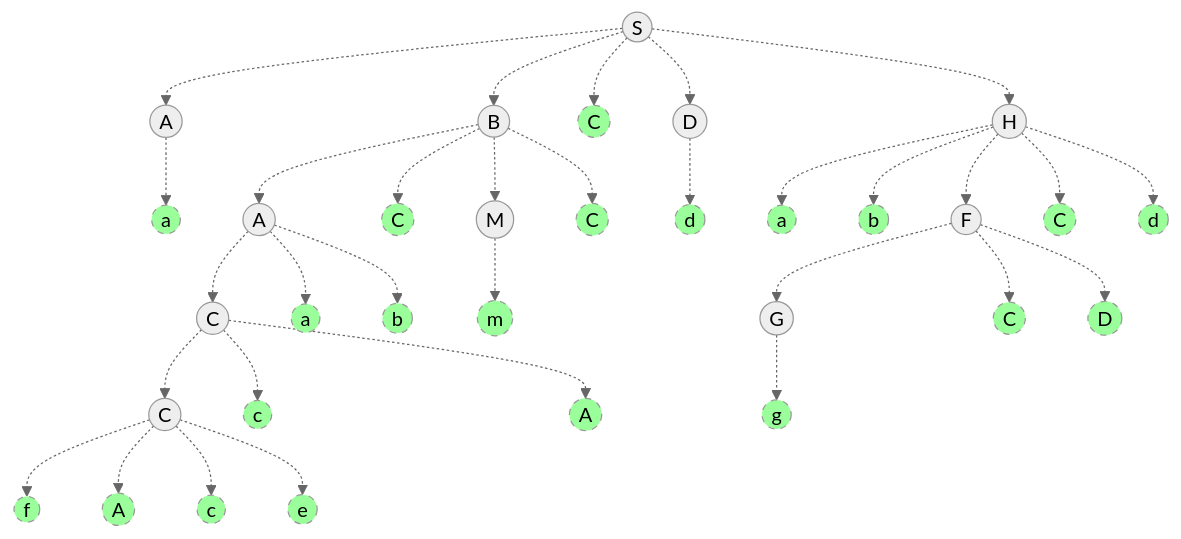
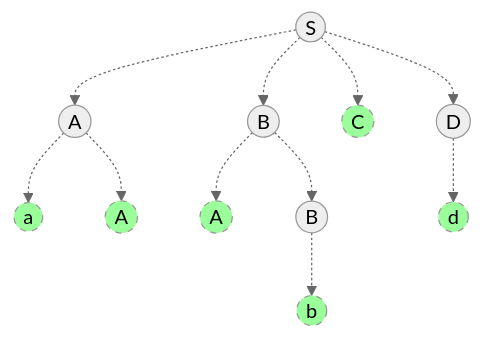
Before and after one commit to huangwei-git/Compilation-principle: the diagram in LL1/resources/grammarTree.md, drawn with Mermaid (neutral theme). The commit also changed 8 other files, not shown here.

````diff
--- a/LL1/resources/grammarTree.md
+++ b/LL1/resources/grammarTree.md
@@ -1,55 +1,19 @@
 ```mermaid
 graph TB
 S0((S))-.->A0((A))
 A0((A))-.->a0((a))
 style a0 fill:#9AFF9A,stroke-dasharray: 5 5
+A0((A))-.->A1((A))
+style A1 fill:#9AFF9A,stroke-dasharray: 5 5
 S0((S))-.->B0((B))
-B0((B))-.->A1((A))
-A1((A))-.->C0((C))
-C0((C))-.->C1((C))
-C1((C))-.->f0((f))
-style f0 fill:#9AFF9A,stroke-dasharray: 5 5
-C1((C))-.->A2((A))
+B0((B))-.->A2((A))
 style A2 fill:#9AFF9A,stroke-dasharray: 5 5
-C1((C))-.->c0((c))
-style c0 fill:#9AFF9A,stroke-dasharray: 5 5
-C1((C))-.->e0((e))
-style e0 fill:#9AFF9A,stroke-dasharray: 5 5
-C0((C))-.->c1((c))
-style c1 fill:#9AFF9A,stroke-dasharray: 5 5
-C0((C))-.->A3((A))
-style A3 fill:#9AFF9A,stroke-dasharray: 5 5
-A1((A))-.->a1((a))
-style a1 fill:#9AFF9A,stroke-dasharray: 5 5
-A1((A))-.->b0((b))
+B0((B))-.->B1((B))
+B1((B))-.->b0((b))
 style b0 fill:#9AFF9A,stroke-dasharray: 5 5
-B0((B))-.->C2((C))
-style C2 fill:#9AFF9A,stroke-dasharray: 5 5
-B0((B))-.->M0((M))
-M0((M))-.->m0((m))
-style m0 fill:#9AFF9A,stroke-dasharray: 5 5
-B0((B))-.->C3((C))
-style C3 fill:#9AFF9A,stroke-dasharray: 5 5
-S0((S))-.->C4((C))
-style C4 fill:#9AFF9A,stroke-dasharray: 5 5
+S0((S))-.->C0((C))
+style C0 fill:#9AFF9A,stroke-dasharray: 5 5
 S0((S))-.->D0((D))
 D0((D))-.->d0((d))
 style d0 fill:#9AFF9A,stroke-dasharray: 5 5
-S0((S))-.->H0((H))
-H0((H))-.->a2((a))
-style a2 fill:#9AFF9A,stroke-dasharray: 5 5
-H0((H))-.->b1((b))
-style b1 fill:#9AFF9A,stroke-dasharray: 5 5
-H0((H))-.->F0((F))
-F0((F))-.->G0((G))
-G0((G))-.->g0((g))
-style g0 fill:#9AFF9A,stroke-dasharray: 5 5
-F0((F))-.->C5((C))
-style C5 fill:#9AFF9A,stroke-dasharray: 5 5
-F0((F))-.->D1((D))
-style D1 fill:#9AFF9A,stroke-dasharray: 5 5
-H0((H))-.->C6((C))
-style C6 fill:#9AFF9A,stroke-dasharray: 5 5
-H0((H))-.->d1((d))
-style d1 fill:#9AFF9A,stroke-dasharray: 5 5
 ```
````
